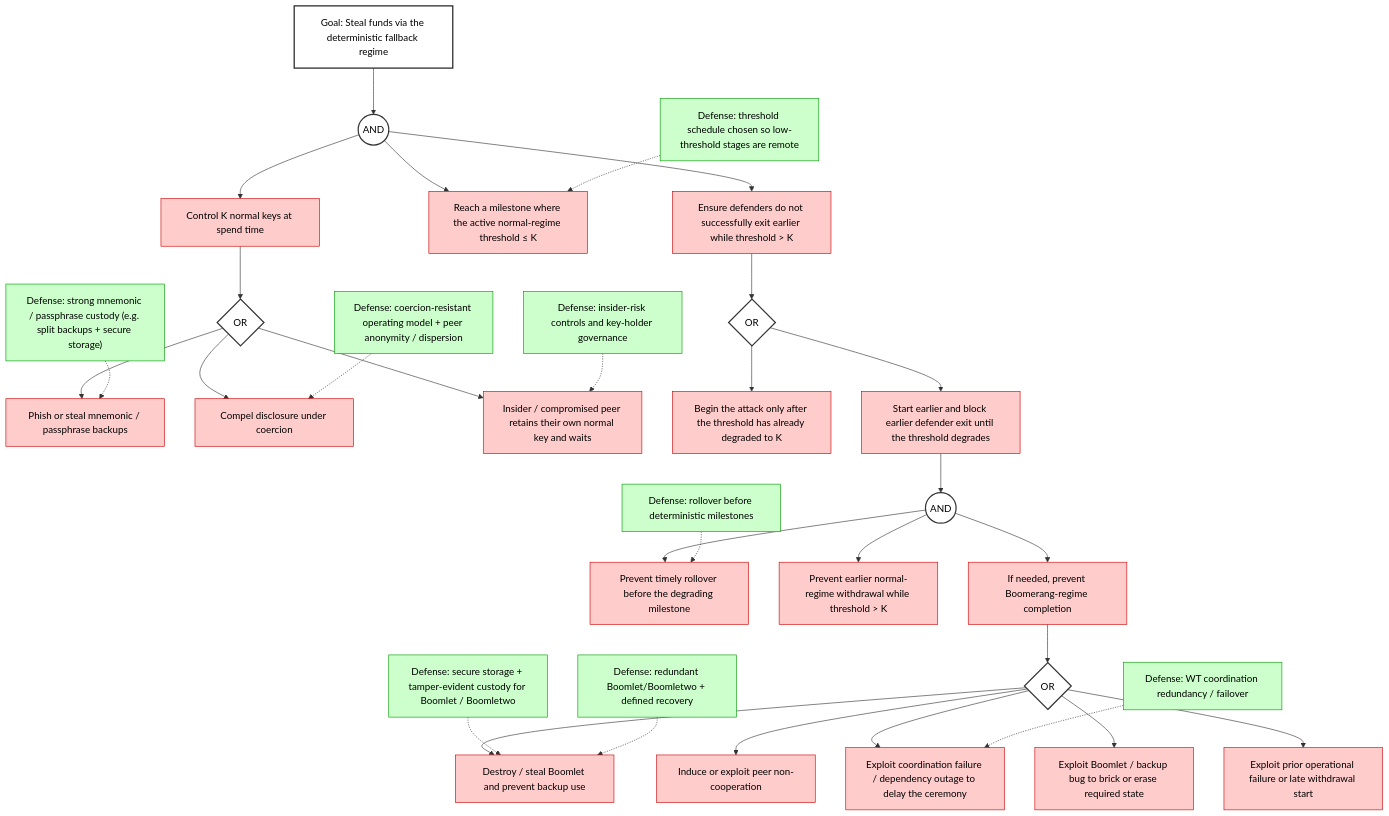
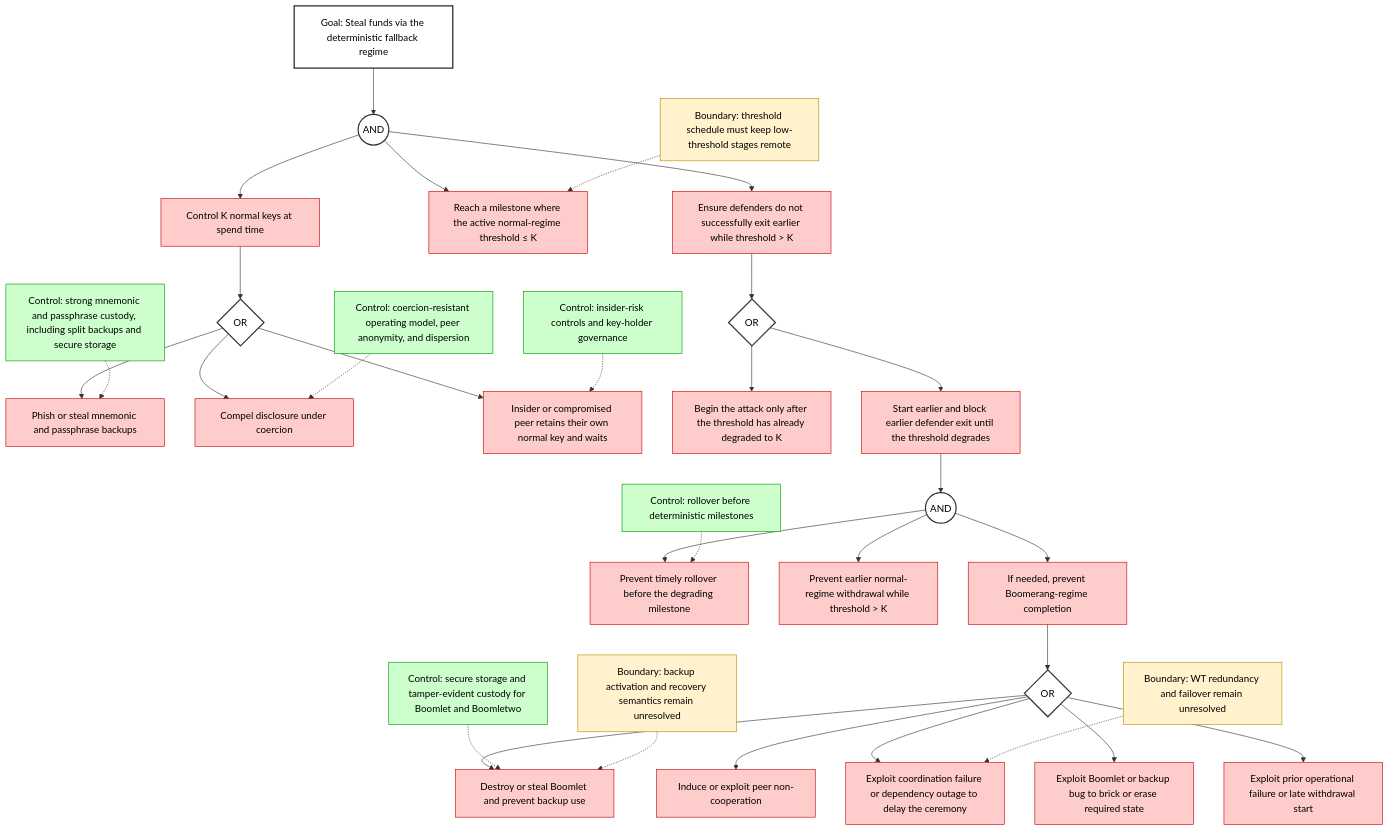
One commit to bitryonix/boomerang_design changed the fifth of 8 diagrams in security_models/README.md. Above: the diagram before and after it, drawn with Mermaid. The commit also changed other lines of this file and 9 other files, not shown here.

````diff
--- a/security_models/README.md
+++ b/security_models/README.md
@@ -877,59 +903,61 @@
 ```mermaid
 flowchart TD
   A["Goal: Steal funds via the deterministic fallback regime"] --> AND0((AND))
 
   AND0 --> B["Control K normal keys at spend time"]
   AND0 --> C["Reach a milestone where the active normal-regime threshold ≤ K"]
   AND0 --> D["Ensure defenders do not successfully exit earlier while threshold > K"]
 
   %% ----------------------------
   %% 1) Obtain enough normal keys
   %% ----------------------------
   B --> OR1{OR}
-  OR1 --> B1["Phish or steal mnemonic / passphrase backups"]
+  OR1 --> B1["Phish or steal mnemonic and passphrase backups"]
   OR1 --> B2["Compel disclosure under coercion"]
-  OR1 --> B3["Insider / compromised peer retains their own normal key and waits"]
+  OR1 --> B3["Insider or compromised peer retains their own normal key and waits"]
 
   %% ----------------------------
   %% 2) Prevent earlier defender exit
   %% ----------------------------
   D --> OR2{OR}
   OR2 --> D1["Begin the attack only after the threshold has already degraded to K"]
   OR2 --> D2["Start earlier and block earlier defender exit until the threshold degrades"]
 
   D2 --> AND1((AND))
   AND1 --> D2a["Prevent timely rollover before the degrading milestone"]
   AND1 --> D2b["Prevent earlier normal-regime withdrawal while threshold > K"]
   AND1 --> D2c["If needed, prevent Boomerang-regime completion"]
 
   D2c --> OR3{OR}
-  OR3 --> D2c1["Destroy / steal Boomlet and prevent backup use"]
+  OR3 --> D2c1["Destroy or steal Boomlet and prevent backup use"]
   OR3 --> D2c2["Induce or exploit peer non-cooperation"]
-  OR3 --> D2c3["Exploit coordination failure / dependency outage to delay the ceremony"]
-  OR3 --> D2c4["Exploit Boomlet / backup bug to brick or erase required state"]
+  OR3 --> D2c3["Exploit coordination failure or dependency outage to delay the ceremony"]
+  OR3 --> D2c4["Exploit Boomlet or backup bug to brick or erase required state"]
   OR3 --> D2c5["Exploit prior operational failure or late withdrawal start"]
 
   %% ----------------------------
-  %% Defenses
+  %% Controls and open items
   %% ----------------------------
-  E1["Defense: strong mnemonic / passphrase custody (e.g. split backups + secure storage)"] -.-> B1
-  E2["Defense: coercion-resistant operating model + peer anonymity / dispersion"] -.-> B2
-  E3["Defense: insider-risk controls and key-holder governance"] -.-> B3
-  E4["Defense: rollover before deterministic milestones"] -.-> D2a
-  E5["Defense: threshold schedule chosen so low-threshold stages are remote"] -.-> C
-  E6["Defense: secure storage + tamper-evident custody for Boomlet / Boomletwo"] -.-> D2c1
-  E7["Defense: redundant Boomlet/Boomletwo + defined recovery"] -.-> D2c1
-  E8["Defense: WT coordination redundancy / failover"] -.-> D2c3
+  E1["Control: strong mnemonic and passphrase custody, including split backups and secure storage"] -.-> B1
+  E2["Control: coercion-resistant operating model, peer anonymity, and dispersion"] -.-> B2
+  E3["Control: insider-risk controls and key-holder governance"] -.-> B3
+  E4["Control: rollover before deterministic milestones"] -.-> D2a
+  E5["Boundary: threshold schedule must keep low-threshold stages remote"] -.-> C
+  E6["Control: secure storage and tamper-evident custody for Boomlet and Boomletwo"] -.-> D2c1
+  E7["Boundary: backup activation and recovery semantics remain unresolved"] -.-> D2c1
+  E8["Boundary: WT redundancy and failover remain unresolved"] -.-> D2c3
 
   %% Styles
   classDef goal fill:#ffffff,stroke:#222,stroke-width:2px,color:#000;
   classDef attack fill:#ffcccc,stroke:#cc0000,color:#000;
-  classDef defense fill:#ccffcc,stroke:#009900,color:#000;
+  classDef control fill:#ccffcc,stroke:#009900,color:#000;
+  classDef open fill:#fff2cc,stroke:#b38f00,color:#000;
   classDef gate fill:#ffffff,stroke:#333,stroke-width:2px,color:#000;
 
   class A goal;
   class B,C,D,B1,B2,B3,D1,D2,D2a,D2b,D2c,D2c1,D2c2,D2c3,D2c4,D2c5 attack;
-  class E1,E2,E3,E4,E5,E6,E7,E8 defense;
+  class E1,E2,E3,E4,E6 control;
+  class E5,E7,E8 open;
   class AND0,AND1,OR1,OR2,OR3 gate;
 
 ```
````
